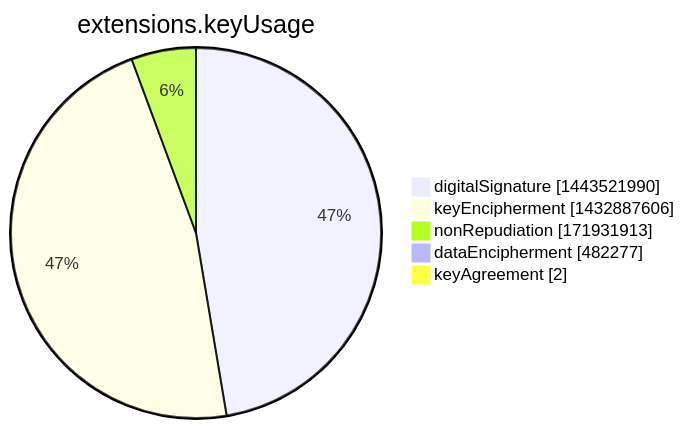
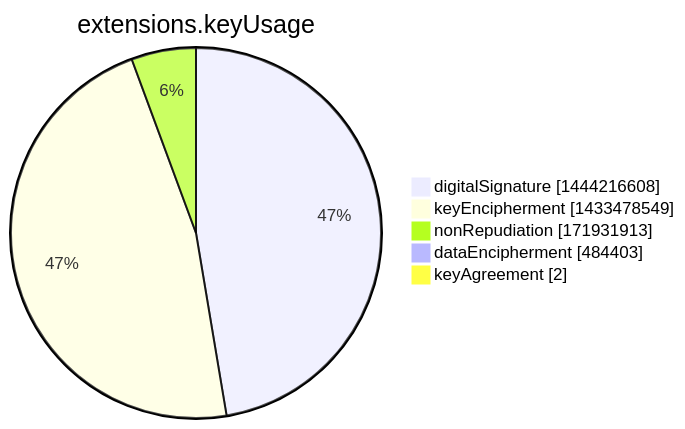
Before and after one commit to christiankrug/ctmonitor_visualization: the seventh of 15 diagrams in argon2022/README.md, drawn with Mermaid. The commit also changed other lines of this file, not shown here.

````diff
--- a/argon2022/README.md
+++ b/argon2022/README.md
@@ -2751,9 +2751,9 @@
 ```mermaid
 pie showData
 title extensions.keyUsage
-"digitalSignature" :1443521990
-"keyEncipherment" :1432887606
+"digitalSignature" :1444216608
+"keyEncipherment" :1433478549
 "nonRepudiation" :171931913
-"dataEncipherment" :482277
+"dataEncipherment" :484403
 "keyAgreement" :2
 ```
````
